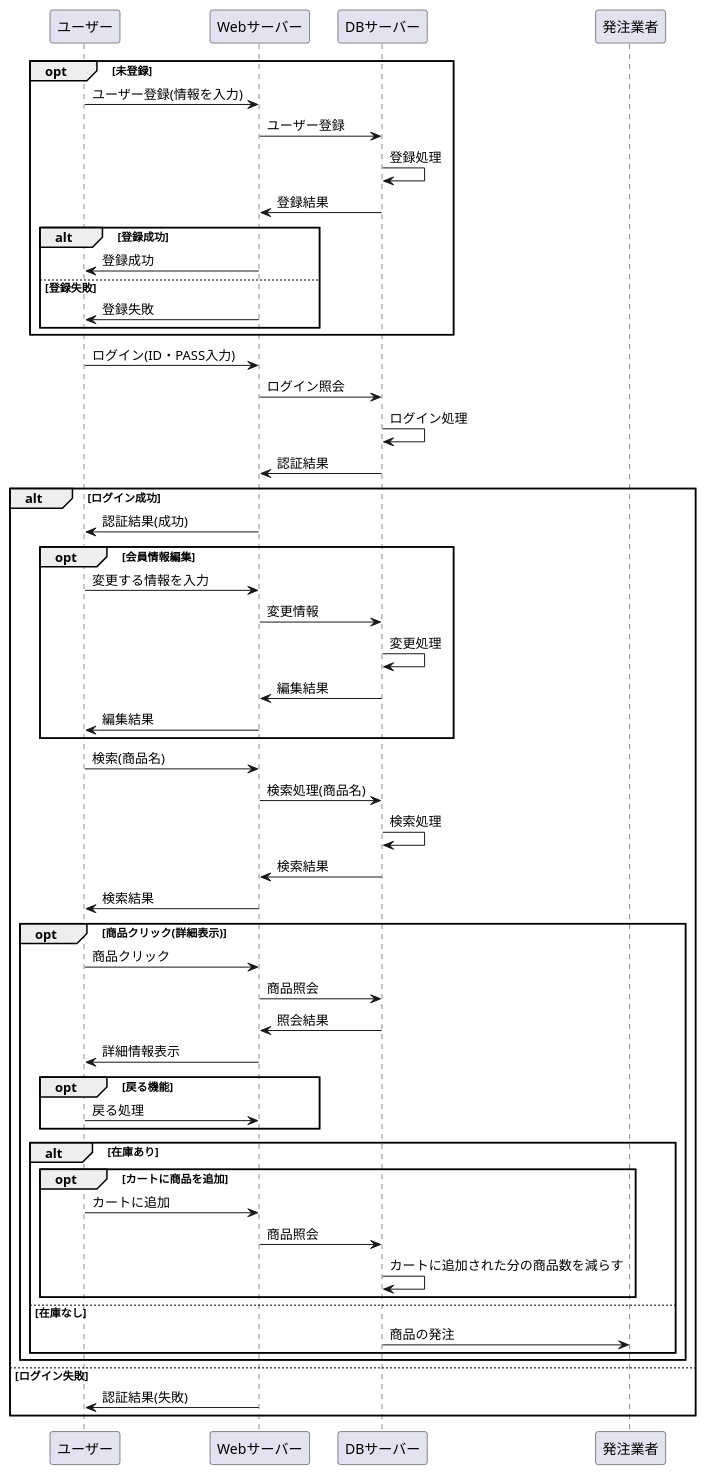
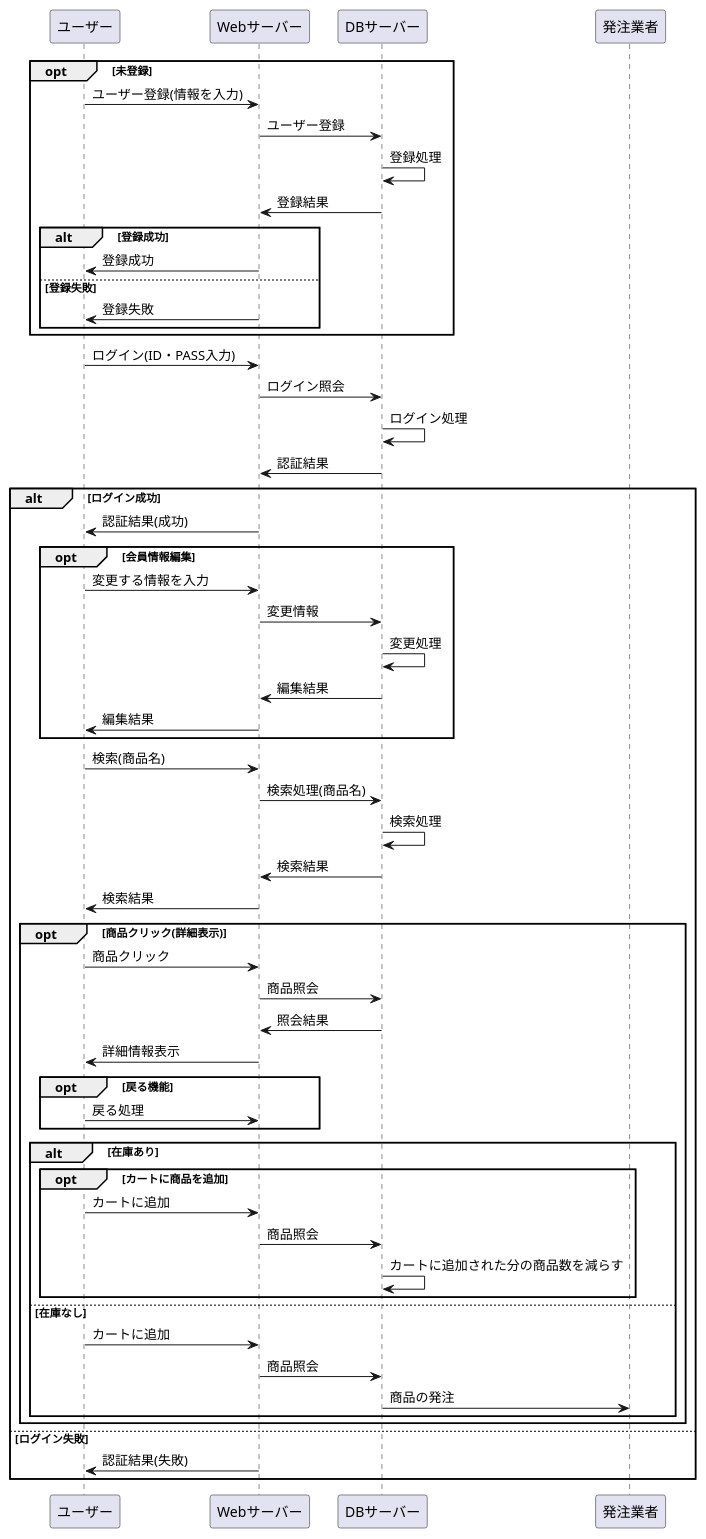
Before and after one commit to Aso2001154/2021sys-design: the diagram in sample.md, drawn with PlantUML.

````diff
--- a/sample.md
+++ b/sample.md
@@ -1,60 +1,62 @@
 ```uml
 @startuml
 opt 未登録
 ユーザー -> Webサーバー : ユーザー登録(情報を入力)
 Webサーバー -> DBサーバー : ユーザー登録
 DBサーバー -> DBサーバー : 登録処理
 DBサーバー -> Webサーバー : 登録結果
 
 alt 登録成功
 Webサーバー -> ユーザー : 登録成功
 else 登録失敗
 Webサーバー -> ユーザー : 登録失敗
 end
 end
 
 ユーザー -> Webサーバー : ログイン(ID・PASS入力)
 Webサーバー -> DBサーバー : ログイン照会
 DBサーバー -> DBサーバー : ログイン処理
 DBサーバー -> Webサーバー : 認証結果
 
 alt ログイン成功
 Webサーバー -> ユーザー : 認証結果(成功)
 
 opt 会員情報編集
 ユーザー -> Webサーバー : 変更する情報を入力
 Webサーバー -> DBサーバー :変更情報
 DBサーバー -> DBサーバー : 変更処理
 DBサーバー -> Webサーバー : 編集結果
 Webサーバー -> ユーザー : 編集結果
 end
 
 ユーザー -> Webサーバー : 検索(商品名)
 Webサーバー -> DBサーバー : 検索処理(商品名)
 DBサーバー -> DBサーバー : 検索処理
 DBサーバー -> Webサーバー : 検索結果
 Webサーバー -> ユーザー : 検索結果
 
 opt 商品クリック(詳細表示)
 ユーザー -> Webサーバー : 商品クリック
 Webサーバー -> DBサーバー : 商品照会
 DBサーバー -> Webサーバー : 照会結果
 Webサーバー -> ユーザー : 詳細情報表示
 opt 戻る機能
 ユーザー -> Webサーバー : 戻る処理
 end
 alt 在庫あり
 opt カートに商品を追加
 ユーザー -> Webサーバー : カートに追加
 Webサーバー -> DBサーバー : 商品照会
 DBサーバー -> DBサーバー : カートに追加された分の商品数を減らす
 end
 else 在庫なし
+ユーザー -> Webサーバー : カートに追加
+Webサーバー -> DBサーバー : 商品照会
 DBサーバー -> 発注業者 : 商品の発注
 end
 end
 else ログイン失敗
 Webサーバー -> ユーザー : 認証結果(失敗)
 end
 @enduml
 ```
````
